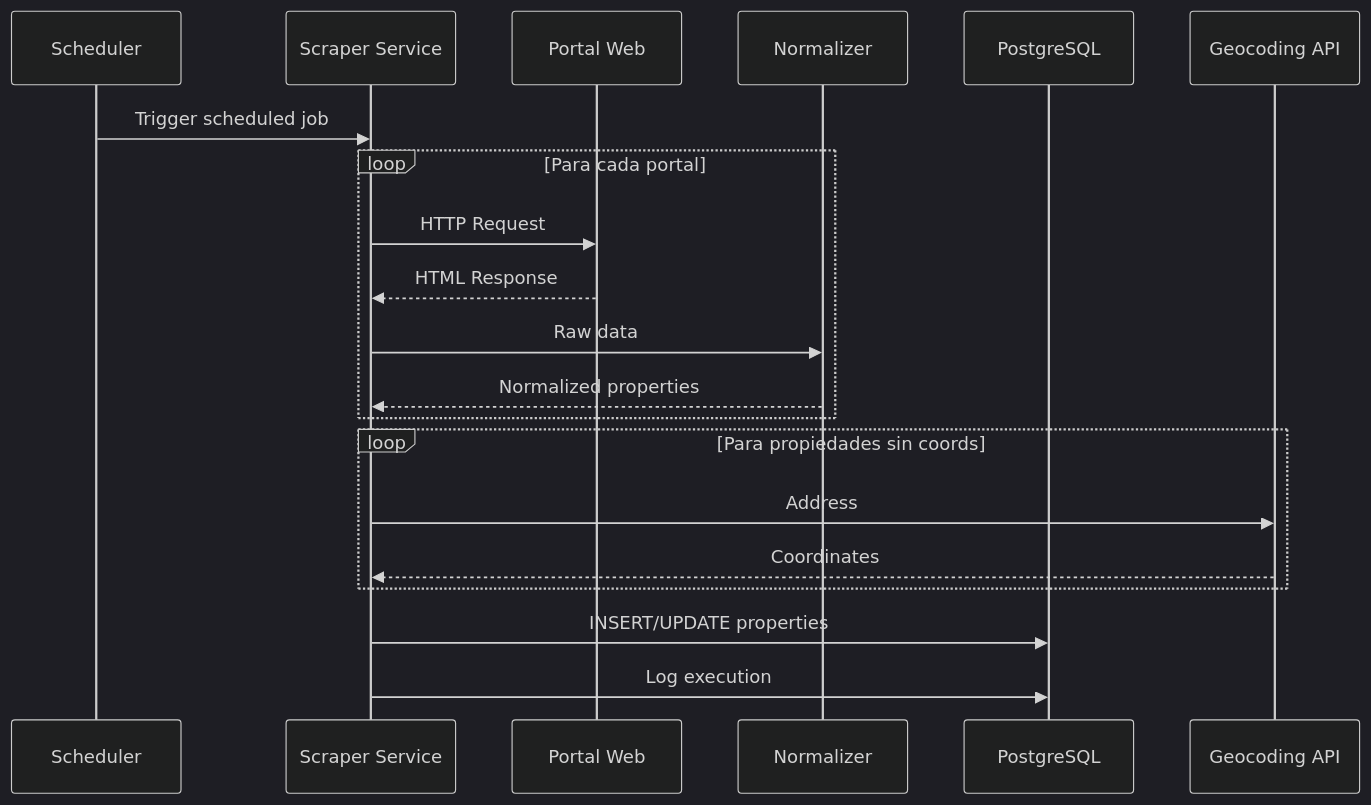
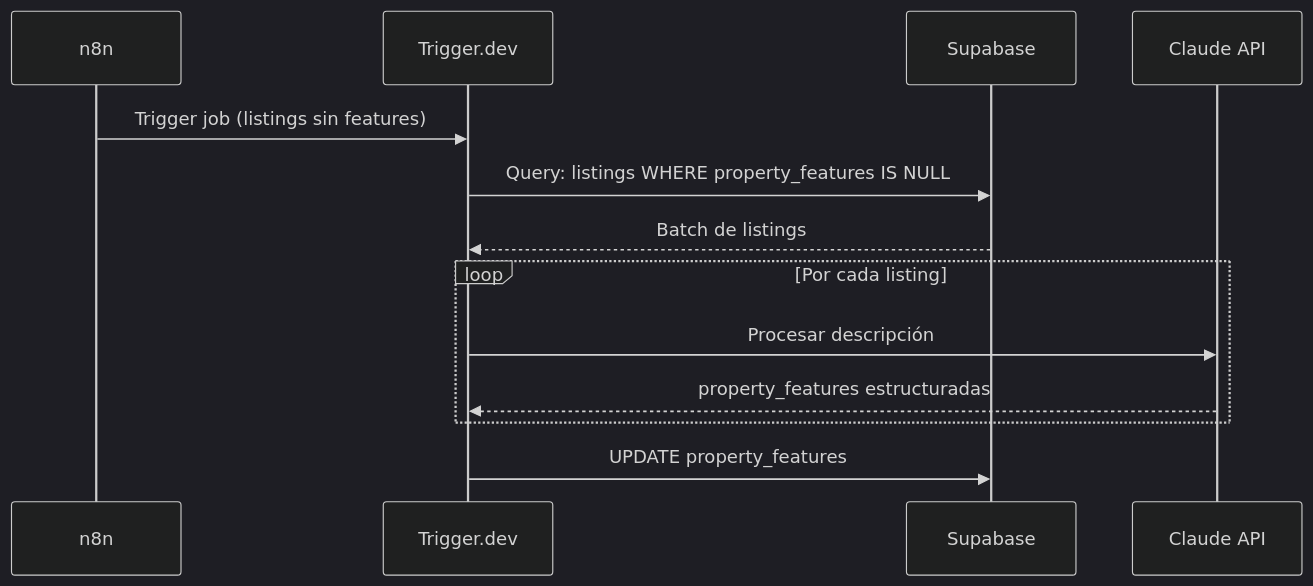
One commit to pablo-beiqa/beiqa-real-estate-platform changed the third of 4 diagrams in 02-Architecture/System-Architecture.md. Above: the diagram before and after it, drawn with Mermaid (dark theme). The commit also changed other lines of this file and 32 other files, not shown here.

First line of the commit message:
Update docs: DB schema, scraper, architecture

````diff
--- a/02-Architecture/System-Architecture.md
+++ b/02-Architecture/System-Architecture.md
@@ -239,23 +176,16 @@
 ```mermaid
 sequenceDiagram
-    participant Cron as Scheduler
-    participant Scraper as Scraper Service
-    participant Portal as Portal Web
-    participant Normalizer as Normalizer
-    participant DB as PostgreSQL
-    participant Geocoder as Geocoding API
-    
-    Cron->>Scraper: Trigger scheduled job
-    loop Para cada portal
-        Scraper->>Portal: HTTP Request
-        Portal-->>Scraper: HTML Response
-        Scraper->>Normalizer: Raw data
-        Normalizer-->>Scraper: Normalized properties
+    participant n8n
+    participant Trigger as Trigger.dev
+    participant Supabase
+    participant Claude as Claude API
+
+    n8n->>Trigger: Trigger job (listings sin features)
+    Trigger->>Supabase: Query: listings WHERE property_features IS NULL
+    Supabase-->>Trigger: Batch de listings
+    loop Por cada listing
+        Trigger->>Claude: Procesar descripción
+        Claude-->>Trigger: property_features estructuradas
     end
-    loop Para propiedades sin coords
-        Scraper->>Geocoder: Address
-        Geocoder-->>Scraper: Coordinates
-    end
-    Scraper->>DB: INSERT/UPDATE properties
-    Scraper->>DB: Log execution
+    Trigger->>Supabase: UPDATE property_features
 ```
````
